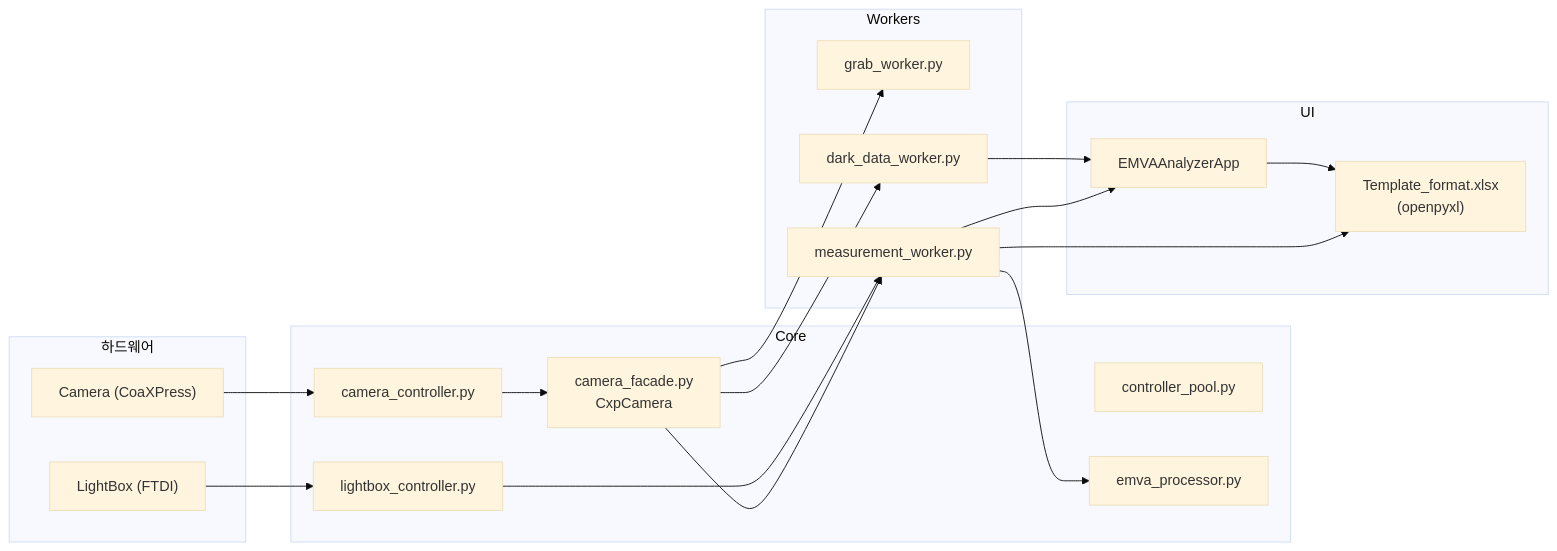
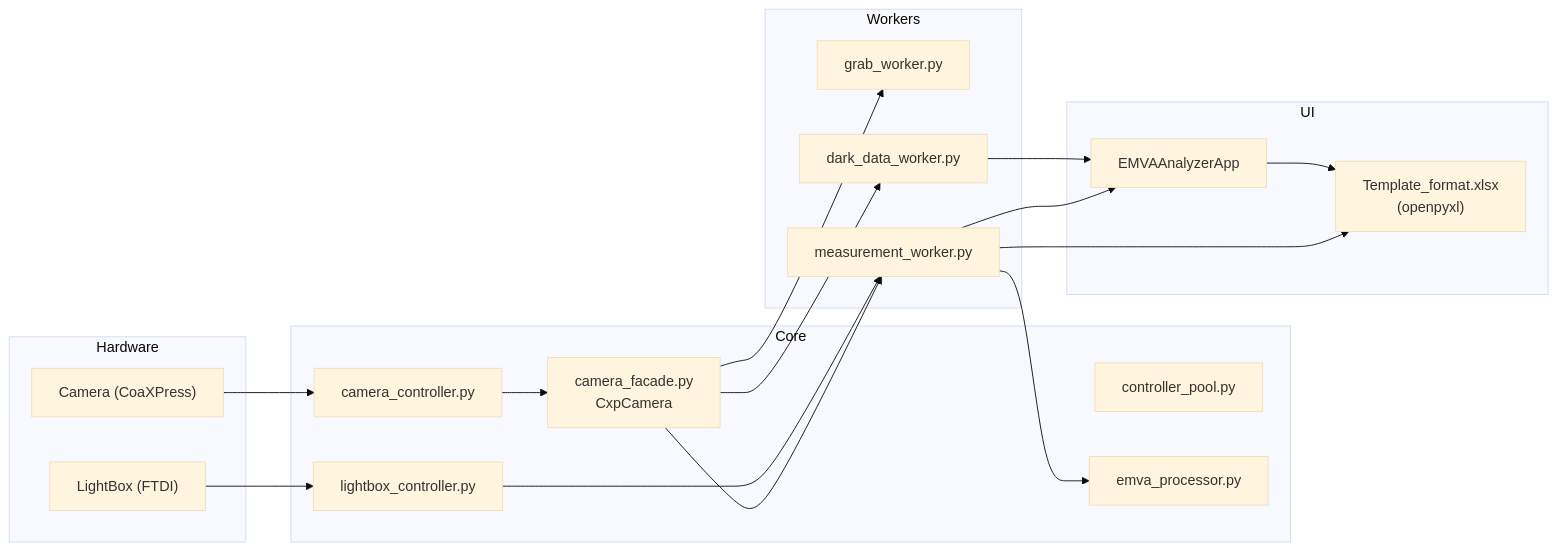
The diagram in README.md (0ssol1620-byte/EMVA_1288_Analyzer), drawn with Mermaid (base theme) before and after one commit. The commit also changed other lines of this file, not shown here.

````diff
--- a/README.md
+++ b/README.md
@@ -87,40 +86,42 @@
 ```mermaid
 flowchart LR
-    subgraph HW[하드웨어]
+    subgraph HW[Hardware]
         Cam["Camera (CoaXPress)"]
         LB["LightBox (FTDI)"]
     end
 
     subgraph Core
         CC[camera_controller.py]
-        CF["camera_facade.py\nCxpCamera"]
+        CF["camera_facade.py
+CxpCamera"]
         CP[controller_pool.py]
         LBCTL[lightbox_controller.py]
         EP[emva_processor.py]
     end
 
     subgraph Workers
         GW[grab_worker.py]
         MW[measurement_worker.py]
         DDW[dark_data_worker.py]
     end
 
     subgraph UI
         APP[EMVAAnalyzerApp]
-        XLS["Template_format.xlsx\n(openpyxl)"]
+        XLS["Template_format.xlsx
+(openpyxl)"]
     end
 
     Cam --> CC --> CF
     CF --> GW
     CF --> MW
     CF --> DDW
 
     LB --> LBCTL --> MW
 
     MW --> EP
     MW --> APP
     DDW --> APP
 
     MW --> XLS
     APP --> XLS
 ```
````
